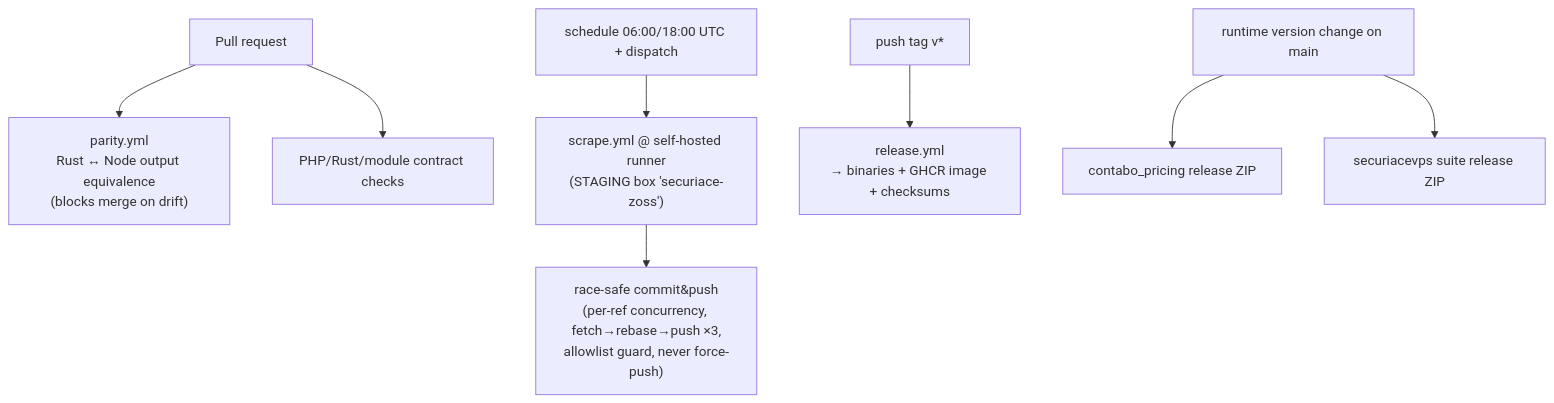
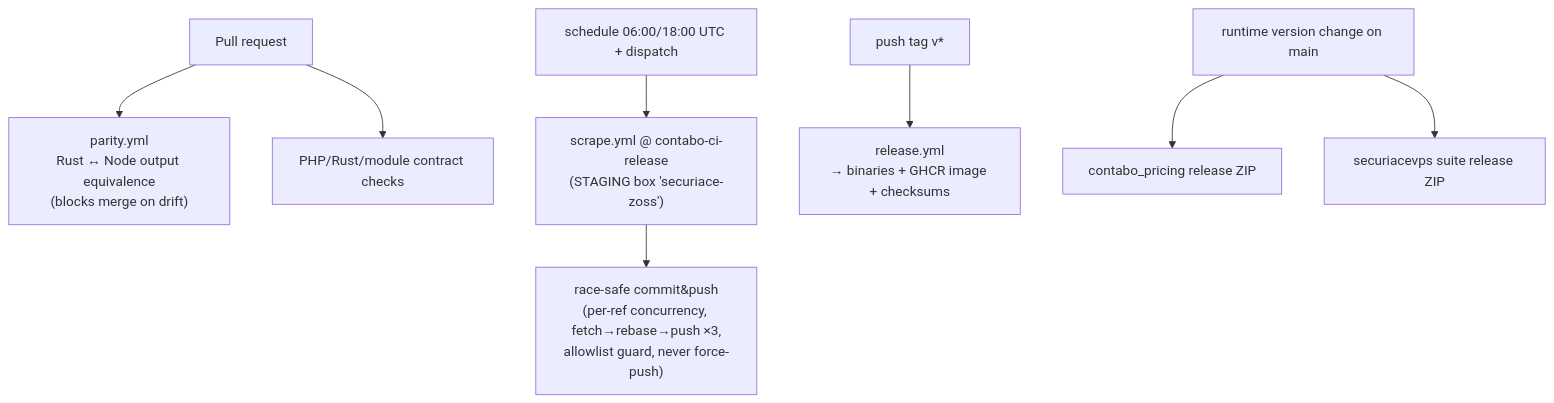
One commit to securiace-dev/contabo-pricing-scraper changed the fifth of 5 diagrams in README.md. Above: the diagram before and after it, drawn with Mermaid. The commit also changed other lines of this file and 1 other file, not shown here.

Commit message:
docs(ops): define repository runner contract

````diff
--- a/README.md
+++ b/README.md
@@ -277,10 +277,10 @@
 ```mermaid
 flowchart TD
   PR["Pull request"] --> PAR["parity.yml\nRust ↔ Node output equivalence\n(blocks merge on drift)"]
   PR --> TEST["PHP/Rust/module contract checks"]
-  CRON["schedule 06:00/18:00 UTC + dispatch"] --> SCR["scrape.yml @ self-hosted runner\n(STAGING box 'securiace-zoss')"]
+  CRON["schedule 06:00/18:00 UTC + dispatch"] --> SCR["scrape.yml @ contabo-ci-release\n(STAGING box 'securiace-zoss')"]
   SCR --> PUSH["race-safe commit&push\n(per-ref concurrency, fetch→rebase→push ×3,\nallowlist guard, never force-push)"]
   TAGV["push tag v*"] --> RELY["release.yml\n→ binaries + GHCR image + checksums"]
   MAIN["runtime version change on main"] --> ADDONREL["contabo_pricing release ZIP"]
   MAIN --> VPSREL["securiacevps suite release ZIP"]
 ```
````
